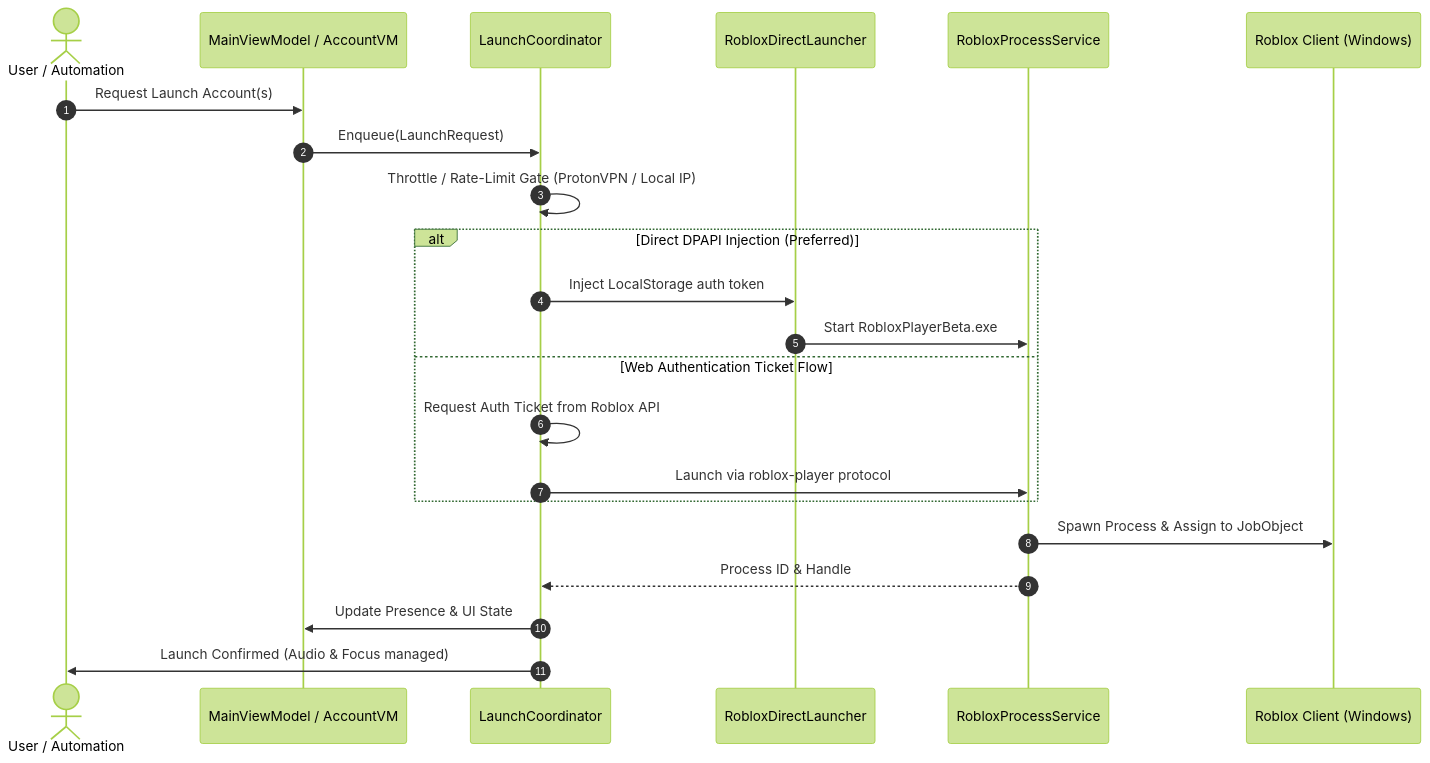
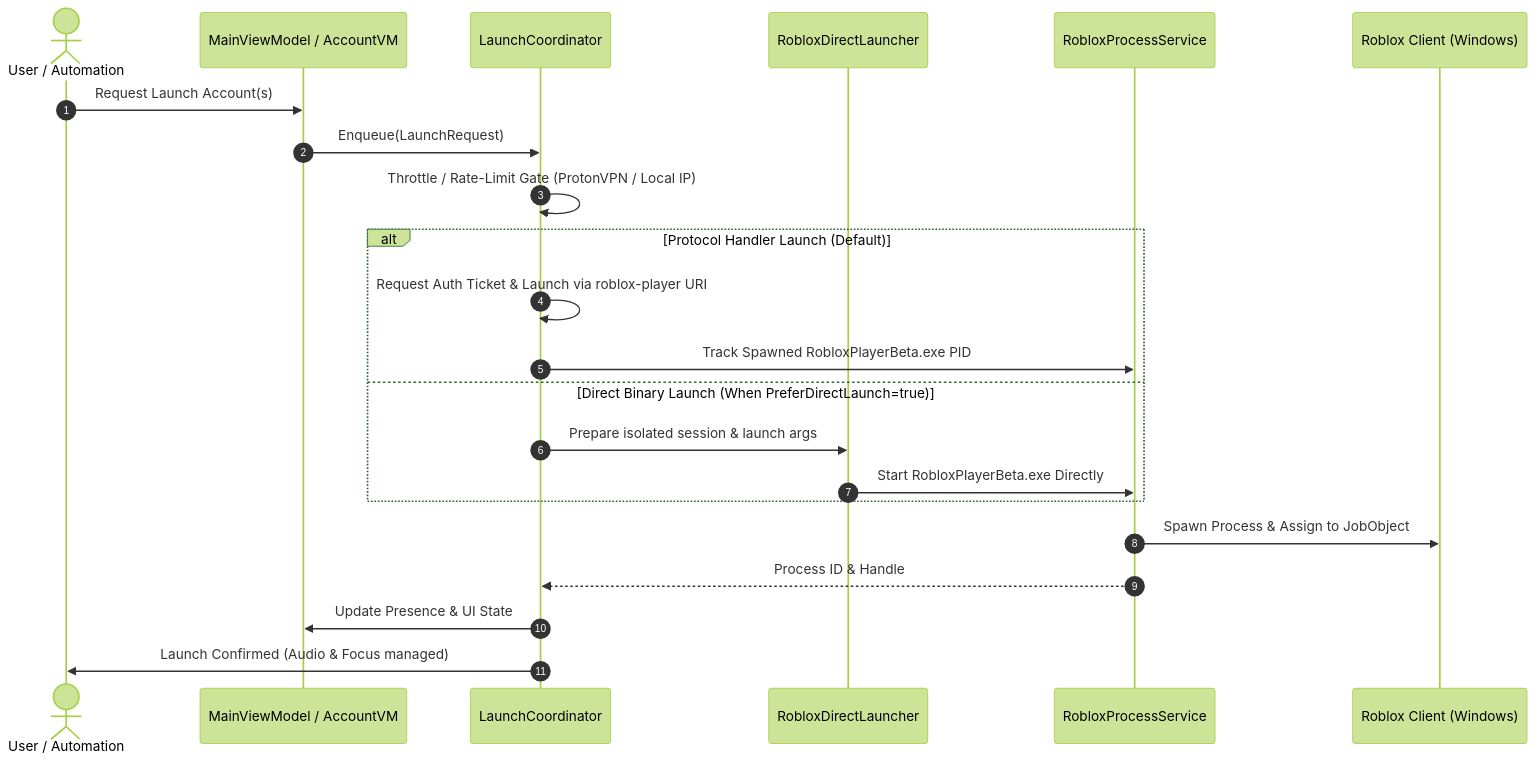
The second of 2 diagrams in docs/architecture.md (TanAkiraTaiVN/Shiro-Account-Manager), drawn with Mermaid (forest theme) before and after one commit. The commit also changed other lines of this file and 196 other files, not shown here.

````diff
--- a/docs/architecture.md
+++ b/docs/architecture.md
@@ -61,27 +61,27 @@
 ```mermaid
 sequenceDiagram
     autonumber
     actor User as User / Automation
     participant VM as MainViewModel / AccountVM
     participant Coord as LaunchCoordinator
     participant Direct as RobloxDirectLauncher
     participant Proc as RobloxProcessService
     participant Client as Roblox Client (Windows)
 
     User->>VM: Request Launch Account(s)
     VM->>Coord: Enqueue(LaunchRequest)
     Coord->>Coord: Throttle / Rate-Limit Gate (ProtonVPN / Local IP)
     
-    alt Direct DPAPI Injection (Preferred)
-        Coord->>Direct: Inject LocalStorage auth token
-        Direct->>Proc: Start RobloxPlayerBeta.exe
-    else Web Authentication Ticket Flow
-        Coord->>Coord: Request Auth Ticket from Roblox API
-        Coord->>Proc: Launch via roblox-player protocol
+    alt Protocol Handler Launch (Default)
+        Coord->>Coord: Request Auth Ticket & Launch via roblox-player URI
+        Coord->>Proc: Track Spawned RobloxPlayerBeta.exe PID
+    else Direct Binary Launch (When PreferDirectLaunch=true)
+        Coord->>Direct: Prepare isolated session & launch args
+        Direct->>Proc: Start RobloxPlayerBeta.exe Directly
     end
 
     Proc->>Client: Spawn Process & Assign to JobObject
     Proc-->>Coord: Process ID & Handle
     Coord->>VM: Update Presence & UI State
     Coord->>User: Launch Confirmed (Audio & Focus managed)
 ```
````
